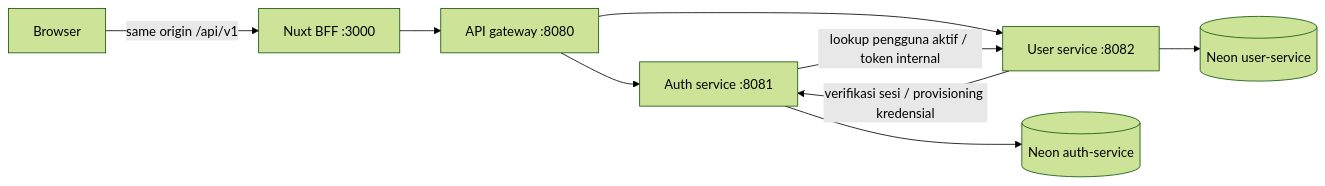
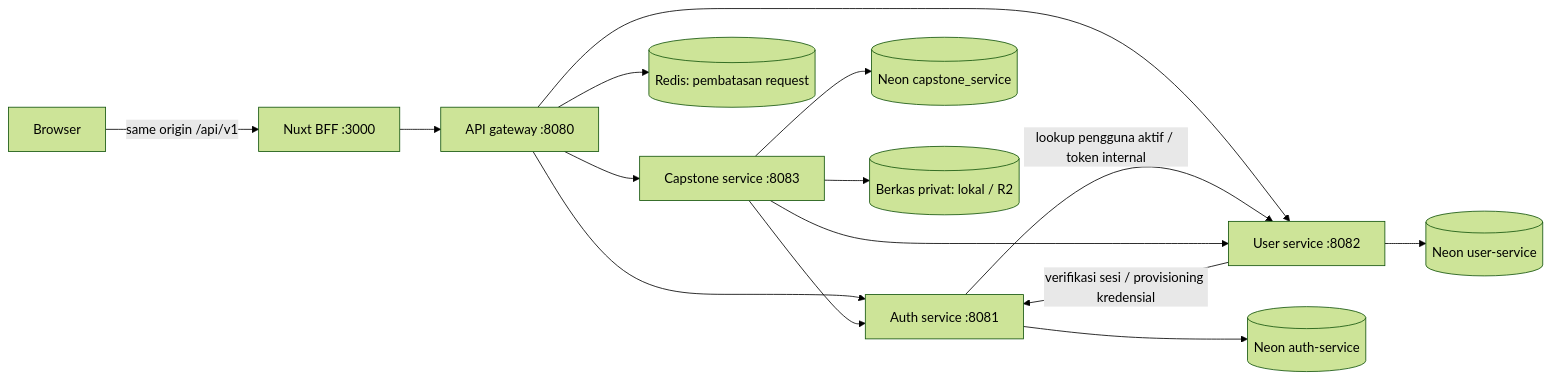
The diagram in docs/architecture.md (capstone-project-unud/infrastructure), drawn with Mermaid (forest theme) before and after one commit. The commit also changed other lines of this file and 21 other files, not shown here.

````diff
--- a/docs/architecture.md
+++ b/docs/architecture.md
@@ -5,11 +5,17 @@
 ```mermaid
 flowchart LR
   B[Browser] -->|same origin /api/v1| N[Nuxt BFF :3000]
   N --> G[API gateway :8080]
   G --> A[Auth service :8081]
   G --> U[User service :8082]
+  G --> C[Capstone service :8083]
+  G --> R[(Redis: pembatasan request)]
   A -->|lookup pengguna aktif / token internal| U
   U -->|verifikasi sesi / provisioning kredensial| A
   A --> AD[(Neon auth-service)]
   U --> UD[(Neon user-service)]
+  C --> A
+  C --> U
+  C --> CD[(Neon capstone_service)]
+  C --> F[(Berkas privat: lokal / R2)]
 ```
````
